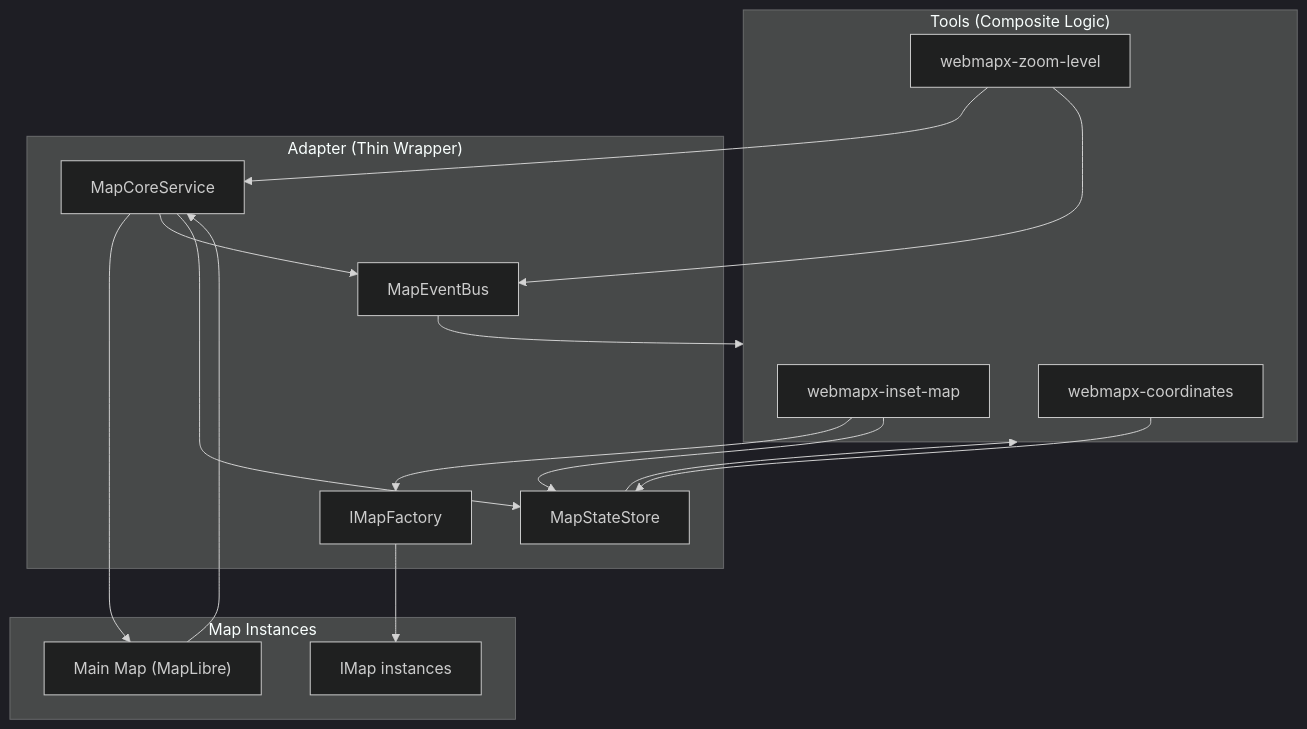
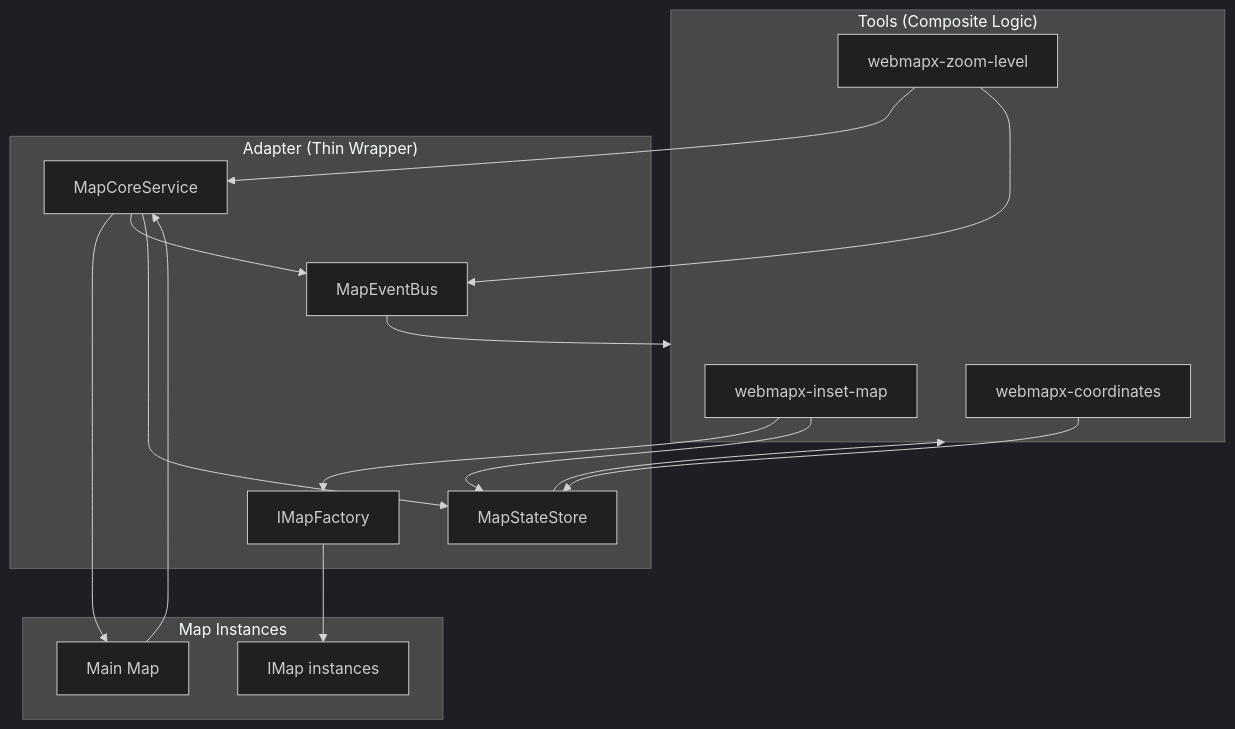
One commit to edugis-org/webmapx changed the second of 2 diagrams in docs/DEVELOPER_GUIDE.md. Above: the diagram before and after it, drawn with Mermaid (dark theme). The commit also changed other lines of this file and 28 other files, not shown here.

````diff
--- a/docs/DEVELOPER_GUIDE.md
+++ b/docs/DEVELOPER_GUIDE.md
@@ -254,40 +278,40 @@
 ```mermaid
 flowchart TB
     subgraph Tools["Tools (Composite Logic)"]
         INSET["webmapx-inset-map"]
         ZOOM["webmapx-zoom-level"]
         COORDS["webmapx-coordinates"]
     end
 
     subgraph Adapter["Adapter (Thin Wrapper)"]
         FACTORY["IMapFactory"]
         CORE["MapCoreService"]
         EVENTS["MapEventBus"]
         STORE["MapStateStore"]
     end
 
     subgraph Maps["Map Instances"]
-        MAIN["Main Map (MapLibre)"]
+        MAIN["Main Map"]
         IMAP["IMap instances"]
     end
 
     %% Tools use adapter
     INSET --> FACTORY
     INSET --> STORE
     ZOOM --> CORE
     ZOOM --> EVENTS
     COORDS --> STORE
 
     %% Factory creates maps
     FACTORY --> IMAP
 
     %% Core manages main map
     CORE --> MAIN
     MAIN --> CORE
 
     %% Events flow
     CORE --> EVENTS
     CORE --> STORE
     EVENTS --> Tools
     STORE --> Tools
 ```
````
